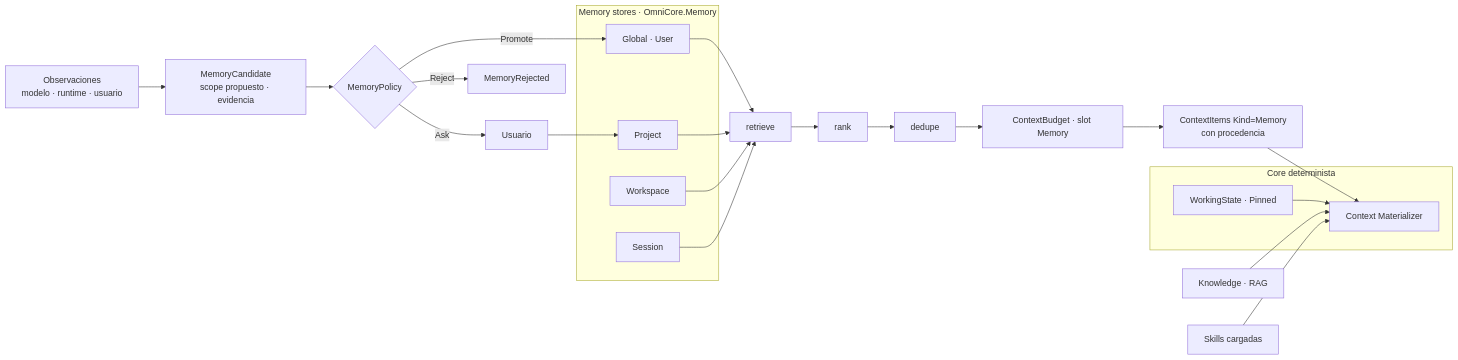
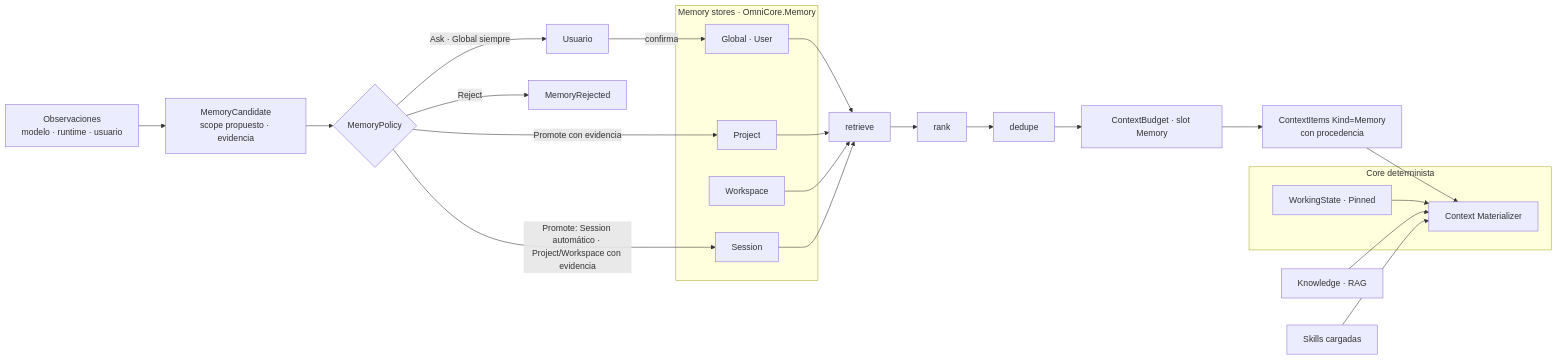
Before and after one commit to juancgomezm-s/OmniCore: diagram 24 of 33 in docs/architecture/arquitectura.md, drawn with Mermaid. The commit also changed other lines of this file and 48 other files, not shown here.

````diff
--- a/docs/architecture/arquitectura.md
+++ b/docs/architecture/arquitectura.md
@@ -826,31 +864,32 @@
 ```mermaid
 flowchart LR
   subgraph CORE["Core determinista"]
     WSX["WorkingState · Pinned"]
     MAT["Context Materializer"]
   end
   OBS["Observaciones<br/>modelo · runtime · usuario"] --> CAND["MemoryCandidate<br/>scope propuesto · evidencia"]
   CAND --> POL{"MemoryPolicy"}
-  POL -->|"Promote"| GM
-  POL -->|"Ask"| USR["Usuario"]
+  POL -->|"Promote: Session automático · Project/Workspace con evidencia"| SM
+  POL -->|"Promote con evidencia"| PM
+  POL -->|"Ask · Global siempre"| USR["Usuario"]
   POL -->|"Reject"| RJM["MemoryRejected"]
-  USR --> PM
+  USR -->|"confirma"| GM
   subgraph STORES["Memory stores · OmniCore.Memory"]
     GM["Global · User"]
     PM["Project"]
     WM["Workspace"]
     SM["Session"]
   end
   GM --> RET["retrieve"]
   PM --> RET
   WM --> RET
   SM --> RET
   RET --> RANK["rank"]
   RANK --> DED["dedupe"]
   DED --> BUD["ContextBudget · slot Memory"]
   BUD --> CIM["ContextItems Kind=Memory<br/>con procedencia"]
   CIM --> MAT
   WSX --> MAT
   KN["Knowledge · RAG"] --> MAT
   SK["Skills cargadas"] --> MAT
 ```
````
